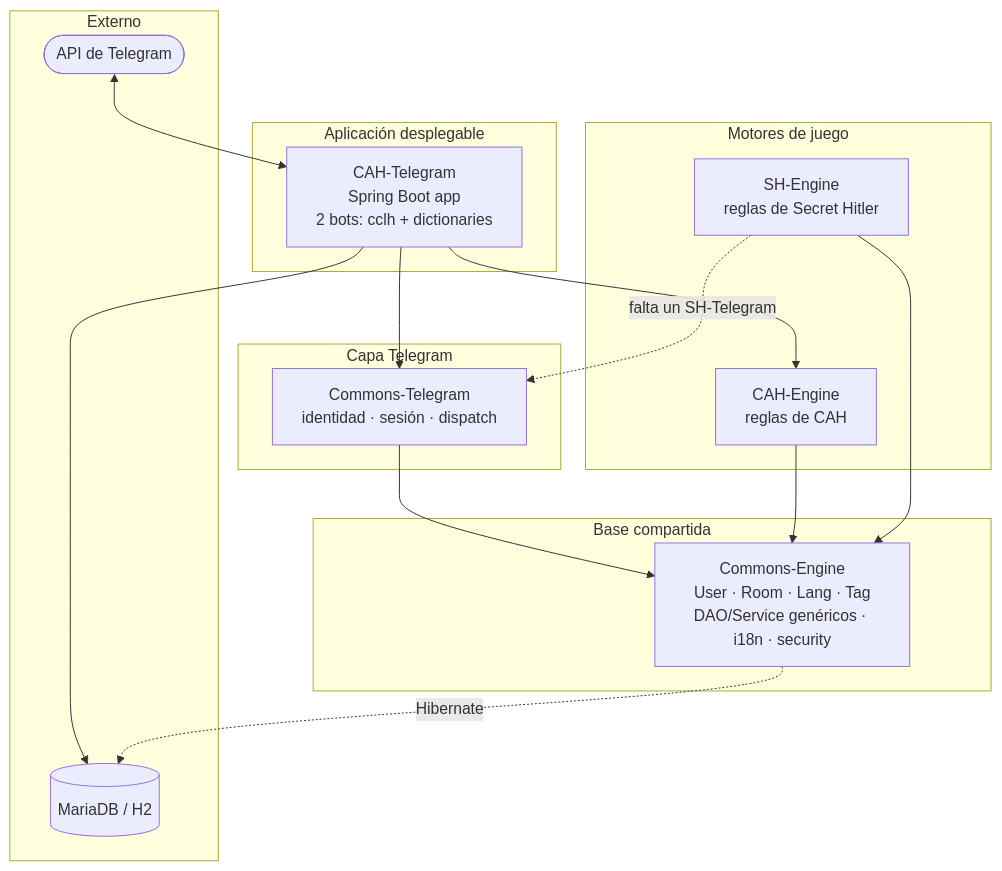
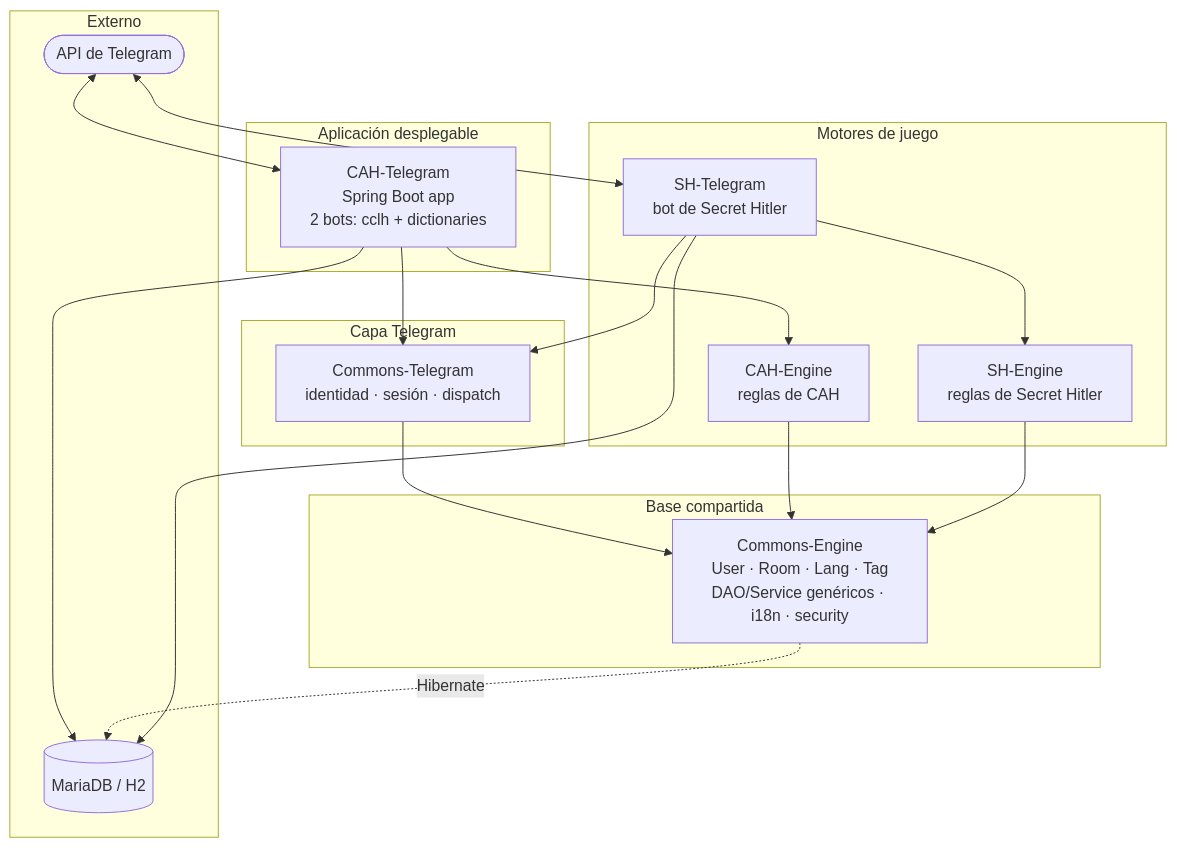
One commit to themariogamebots/Parent changed the first of 4 diagrams in docs/CODEBASE_MAP.md. Above: the diagram before and after it, drawn with Mermaid. The commit also changed other lines of this file and 6 other files, not shown here.

Commit message:
Prepare everything for Secret Hitler telegram implementation

````diff
--- a/docs/CODEBASE_MAP.md
+++ b/docs/CODEBASE_MAP.md
@@ -30,31 +30,35 @@
 ```mermaid
 graph TB
     subgraph app["Aplicación desplegable"]
         CAHT["CAH-Telegram<br/>Spring Boot app<br/>2 bots: cclh + dictionaries"]
     end
     subgraph tg["Capa Telegram"]
         CT["Commons-Telegram<br/>identidad · sesión · dispatch"]
     end
     subgraph eng["Motores de juego"]
         CAHE["CAH-Engine<br/>reglas de CAH"]
         SHE["SH-Engine<br/>reglas de Secret Hitler"]
+        SHT["SH-Telegram<br/>bot de Secret Hitler"]
     end
     subgraph base["Base compartida"]
         CE["Commons-Engine<br/>User · Room · Lang · Tag<br/>DAO/Service genéricos · i18n · security"]
     end
     subgraph ext["Externo"]
         TG(["API de Telegram"])
         DB[("MariaDB / H2")]
     end
 
     TG <--> CAHT
     CAHT --> CT
     CAHT --> CAHE
     CT --> CE
     CAHE --> CE
     SHE --> CE
     CAHT --> DB
     CE -.->|Hibernate| DB
 
-    SHE -.->|"falta un SH-Telegram"| CT
+    SHT --> CT
+    SHT --> SHE
+    SHT --> DB
+    TG <--> SHT
 ```
````
